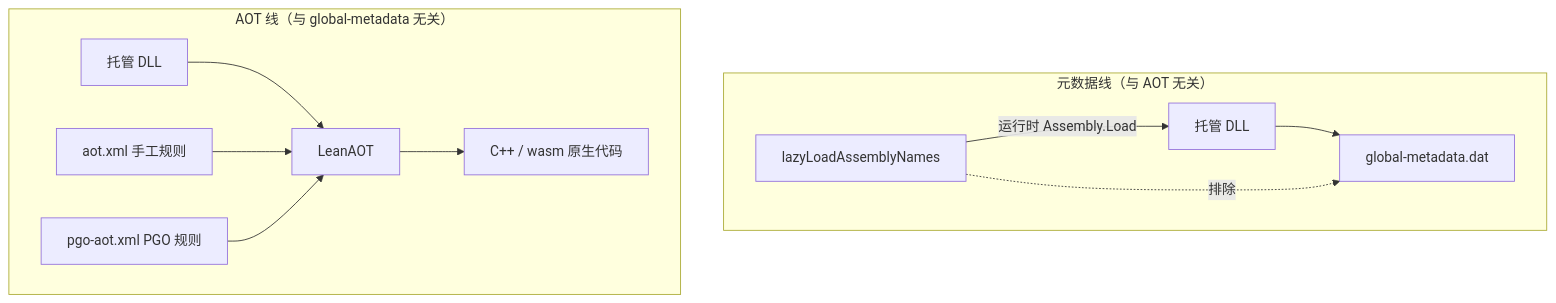
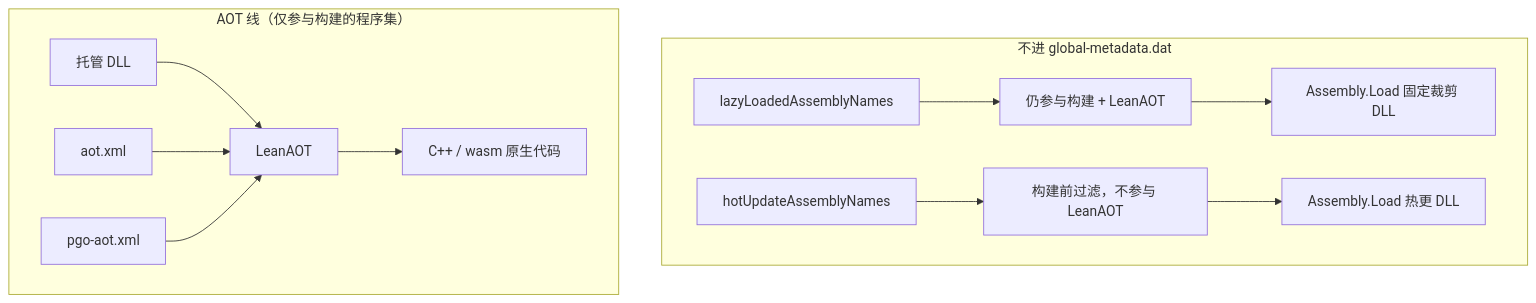
The diagram in docs/ecosystem/unity/concepts.md (focus-creative-games/leanclr-doc), drawn with Mermaid before and after one commit. The commit also changed other lines of this file and 7 other files, not shown here.

````diff
--- a/docs/ecosystem/unity/concepts.md
+++ b/docs/ecosystem/unity/concepts.md
@@ -18,15 +19,18 @@
 ```mermaid
 flowchart TB
-    subgraph meta["元数据线（与 AOT 无关）"]
-        DLL1[托管 DLL] --> GMD[global-metadata.dat]
-        LL[lazyLoadAssemblyNames] -.->|排除| GMD
-        LL -->|运行时 Assembly.Load| DLL1
+    subgraph meta["不进 global-metadata.dat"]
+        LL[lazyLoadedAssemblyNames]
+        HU[hotUpdateAssemblyNames]
+        LL --> GMD1[仍参与构建 + LeanAOT]
+        HU --> GMD2[构建前过滤，不参与 LeanAOT]
+        GMD1 --> Load1[Assembly.Load 固定裁剪 DLL]
+        GMD2 --> Load2[Assembly.Load 热更 DLL]
     end
 
-    subgraph aotline["AOT 线（与 global-metadata 无关）"]
+    subgraph aotline["AOT 线（仅参与构建的程序集）"]
         DLL2[托管 DLL] --> LeanAOT[LeanAOT]
-        ARF[aot.xml 手工规则] --> LeanAOT
-        PGO[pgo-aot.xml PGO 规则] --> LeanAOT
+        ARF[aot.xml] --> LeanAOT
+        PGO[pgo-aot.xml] --> LeanAOT
         LeanAOT --> CPP[C++ / wasm 原生代码]
     end
 ```
````
